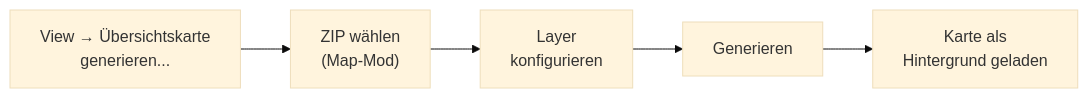
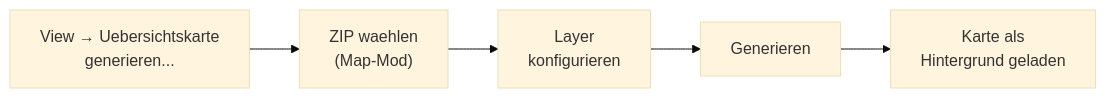
The sixth of 6 diagrams in docs/How-To-Use.md (mro68/fs25_ad_editor), drawn with Mermaid (base theme) before and after one commit. The commit also changed other lines of this file and 219 other files, not shown here.

````diff
--- a/docs/How-To-Use.md
+++ b/docs/How-To-Use.md
@@ -807,7 +807,7 @@
 ```mermaid
 flowchart LR
-    A["View → Übersichtskarte\ngenerieren..."] --> B["ZIP wählen\n(Map-Mod)"]
+    A["View → Uebersichtskarte\ngenerieren..."] --> B["ZIP waehlen\n(Map-Mod)"]
     B --> C["Layer\nkonfigurieren"]
     C --> D["Generieren"]
     D --> E["Karte als\nHintergrund geladen"]
 ```
````
